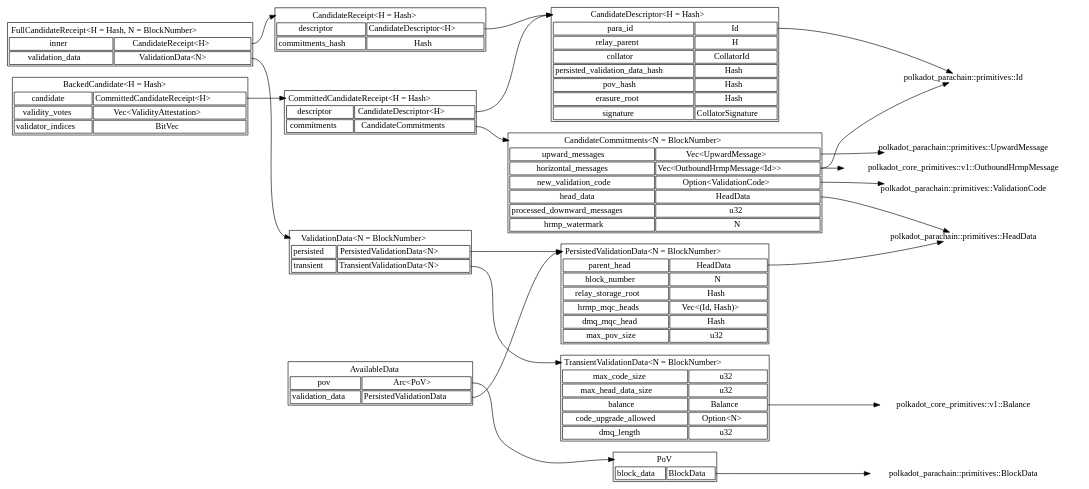
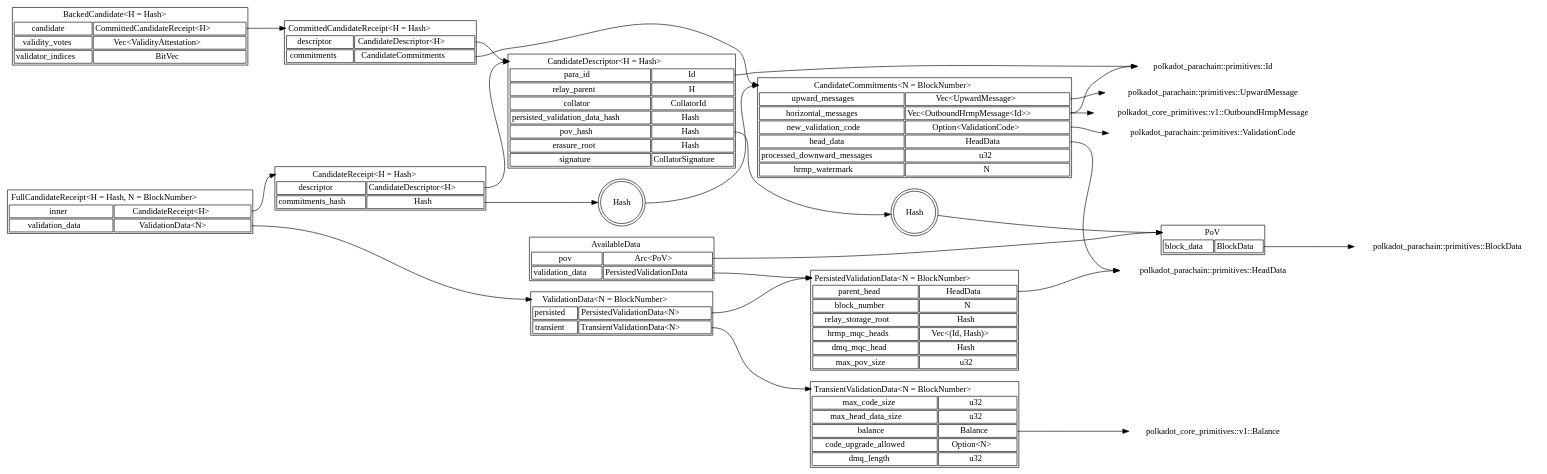
The diagram in roadmap/implementers-guide/src/types/README.md (paritytech/polkadot), drawn with Graphviz before and after one commit.

Commit message:
show hash relations, format

```diff
--- a/roadmap/implementers-guide/src/types/README.md
+++ b/roadmap/implementers-guide/src/types/README.md
@@ -24,7 +24,12 @@
         </table>
     >]
 
-    CandidateDescriptor:para_id -> "polkadot_parachain::primitives::Id"
+    CandidateDescriptor:para_id -> "polkadot_parachain::primitives::Id":w
+    CandidateDescriptor:pov_hash -> PoVHash
+
+    PoVHash [label = "Hash", shape="doublecircle", fill="lightgray"]
+
+    PoVHash -> PoV:name
 
     CandidateReceipt [label = <
         <table>
@@ -35,6 +40,11 @@
     >]
 
     CandidateReceipt:descriptor -> CandidateDescriptor:name
+    CandidateReceipt:commitments_hash -> CandidateCommitmentsHash
+
+    CandidateCommitmentsHash [label = "Hash", shape="doublecircle", fill="lightgray"]
+
+    CandidateCommitmentsHash -> CandidateCommitments:name
 
     FullCandidateReceipt [label = <
         <table>
@@ -81,7 +91,7 @@
         </table>
     >]
 
-    PersistedValidationData:parent_head -> HeadData
+    PersistedValidationData:parent_head -> HeadData:w
 
     TransientValidationData [label = <
         <table>
@@ -94,7 +104,7 @@
         </table>
     >]
 
-    TransientValidationData:balance -> "polkadot_core_primitives::v1::Balance"
+    TransientValidationData:balance -> "polkadot_core_primitives::v1::Balance":w
 
     CandidateCommitments [label = <
         <table>
@@ -108,11 +118,11 @@
         </table>
     >]
 
-    CandidateCommitments:upward_messages -> "polkadot_parachain::primitives::UpwardMessage"
-    CandidateCommitments:horizontal_messages -> "polkadot_core_primitives::v1::OutboundHrmpMessage"
-    CandidateCommitments:head_data -> HeadData
-    CandidateCommitments:horizontal_messages -> "polkadot_parachain::primitives::Id"
-    CandidateCommitments:new_validation_code -> "polkadot_parachain::primitives::ValidationCode"
+    CandidateCommitments:upward_messages -> "polkadot_parachain::primitives::UpwardMessage":w
+    CandidateCommitments:horizontal_messages -> "polkadot_core_primitives::v1::OutboundHrmpMessage":w
+    CandidateCommitments:head_data -> HeadData:w
+    CandidateCommitments:horizontal_messages -> "polkadot_parachain::primitives::Id":w
+    CandidateCommitments:new_validation_code -> "polkadot_parachain::primitives::ValidationCode":w
 
     PoV [label = <
         <table>
@@ -121,7 +131,7 @@
         </table>
     >]
 
-    PoV:block_data -> "polkadot_parachain::primitives::BlockData"
+    PoV:block_data -> "polkadot_parachain::primitives::BlockData":w
 
     BackedCandidate [label = <
         <table>
```
